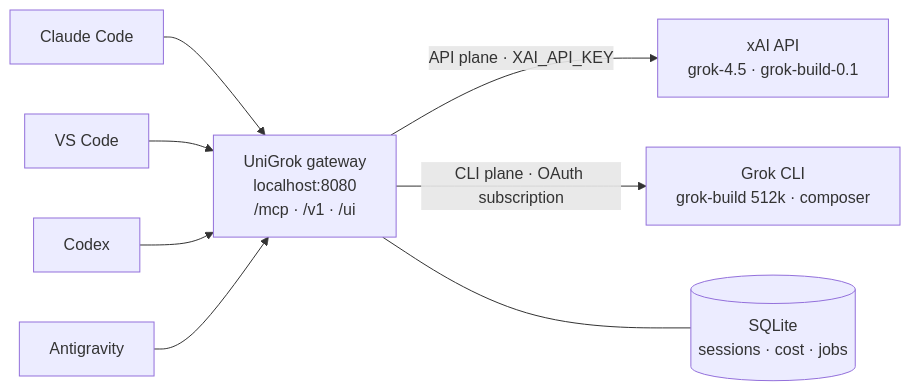
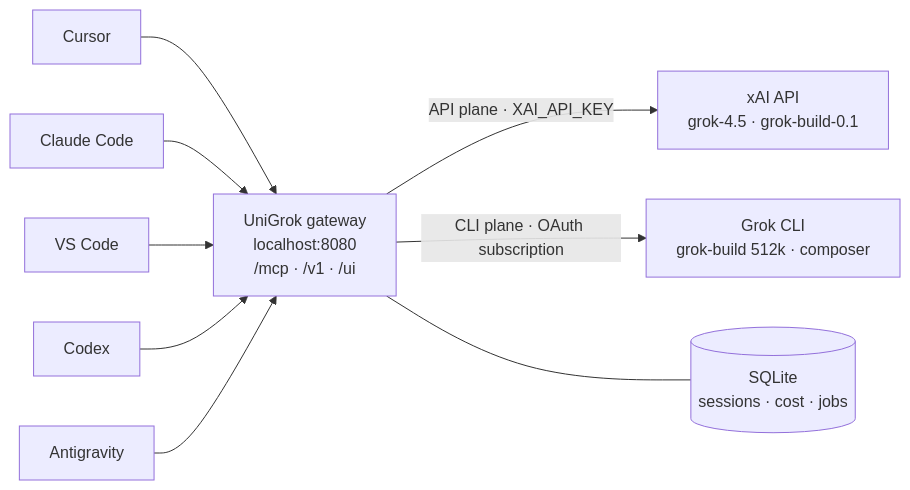
One commit to djtelicloud/grok-mcp-server changed the diagram in README.md. Above: the diagram before and after it, drawn with Mermaid. The commit also changed other lines of this file and 4 other files, not shown here.

````diff
--- a/README.md
+++ b/README.md
@@ -242,11 +244,12 @@
 ```mermaid
 flowchart LR
+    CU[Cursor] --> GW
     CC[Claude Code] --> GW
     VS[VS Code] --> GW
     CX[Codex] --> GW
     AG[Antigravity] --> GW
     GW["UniGrok gateway<br/>localhost:8080<br/>/mcp · /v1 · /ui"]
     GW -->|API plane · XAI_API_KEY| API["xAI API<br/>grok-4.5 · grok-build-0.1"]
     GW -->|CLI plane · OAuth subscription| CLI["Grok CLI<br/>grok-build 512k · composer"]
     GW --- ST[("SQLite<br/>sessions · cost · jobs")]
 ```
````
